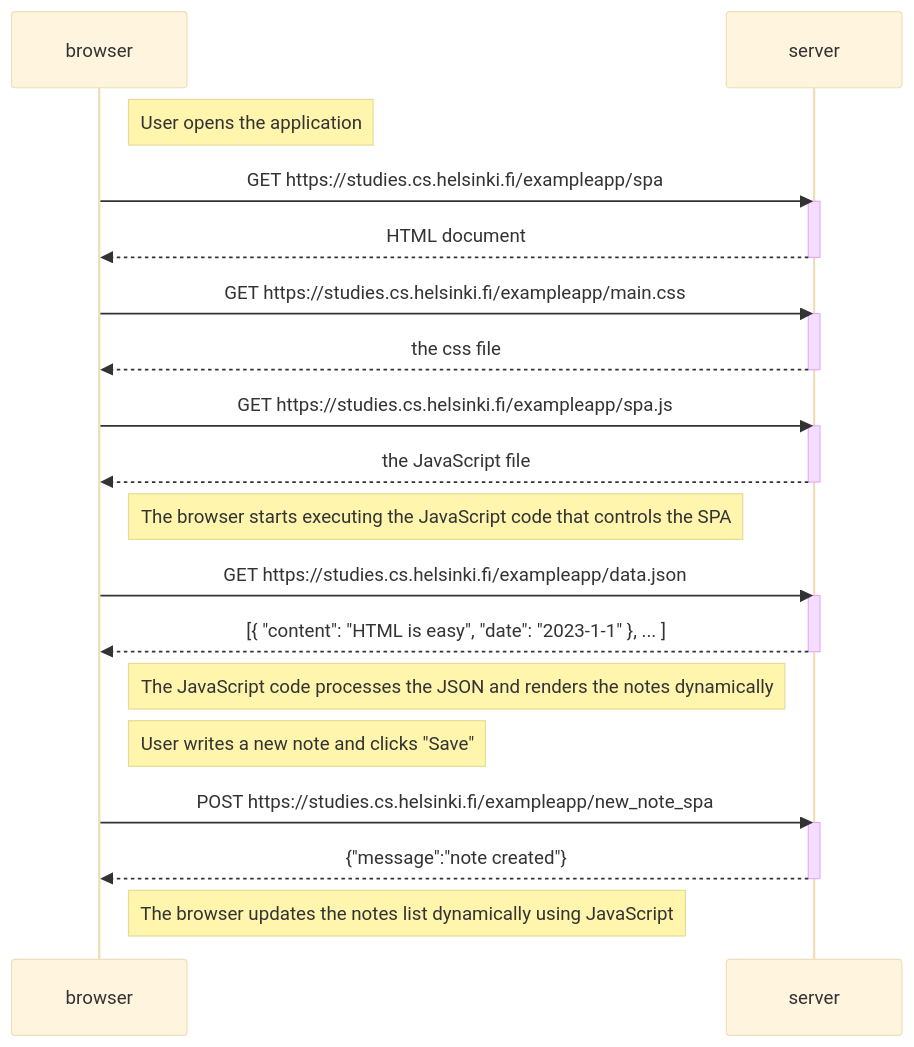
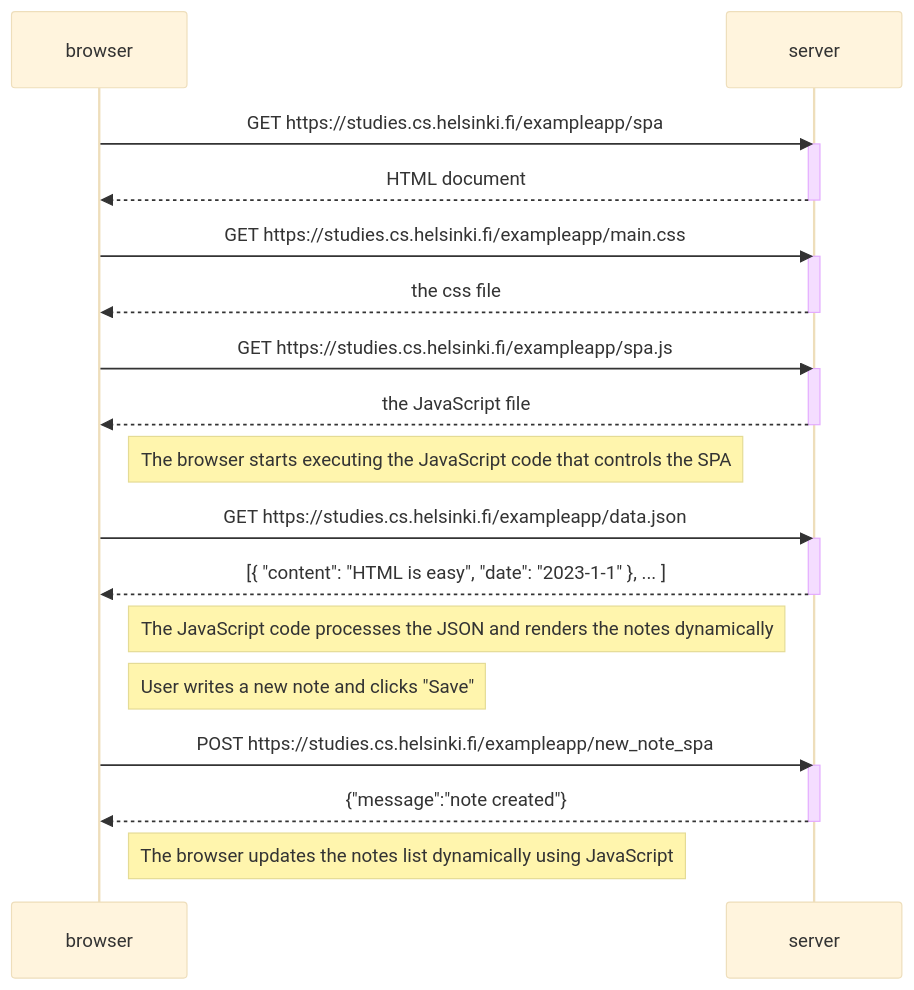
Before and after one commit to Eeppa12/Fullstackopen: the diagram in Part 0/06.mmd, drawn with Mermaid (base theme).

```diff
--- a/Part 0/06.mmd
+++ b/Part 0/06.mmd
@@ -1,38 +1,37 @@
 sequenceDiagram
     participant browser
     participant server
 
-    Note right of browser: User opens the application
 
     browser->>server: GET https://studies.cs.helsinki.fi/exampleapp/spa
     activate server
     server-->>browser: HTML document
     deactivate server
 
     browser->>server: GET https://studies.cs.helsinki.fi/exampleapp/main.css
     activate server
     server-->>browser: the css file
     deactivate server
 
     browser->>server: GET https://studies.cs.helsinki.fi/exampleapp/spa.js
     activate server
     server-->>browser: the JavaScript file
     deactivate server
 
     Note right of browser: The browser starts executing the JavaScript code that controls the SPA
 
     browser->>server: GET https://studies.cs.helsinki.fi/exampleapp/data.json
     activate server
     server-->>browser: [{ "content": "HTML is easy", "date": "2023-1-1" }, ... ]
     deactivate server
 
     Note right of browser: The JavaScript code processes the JSON and renders the notes dynamically
 
     Note right of browser: User writes a new note and clicks "Save"
 
     browser->>server: POST https://studies.cs.helsinki.fi/exampleapp/new_note_spa
     activate server
     server-->>browser: {"message":"note created"}
     deactivate server
 
     Note right of browser: The browser updates the notes list dynamically using JavaScript
```
